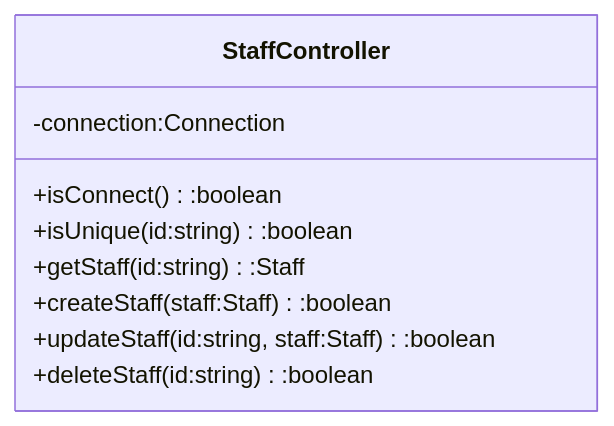
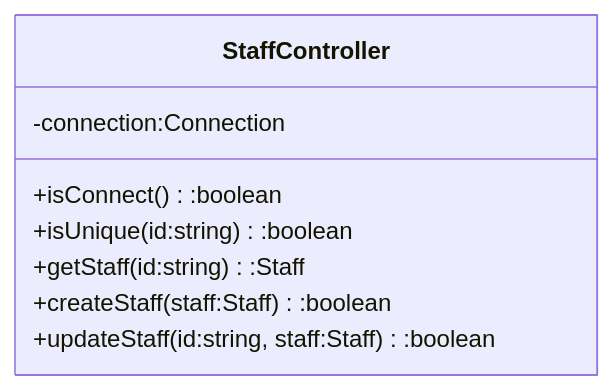
The second of 3 diagrams in README.md (kitkit922/ITC-5201-Java-Assignment04), drawn with Mermaid before and after one commit. The commit also changed other lines of this file and 5 other files, not shown here.

````diff
--- a/README.md
+++ b/README.md
@@ -44,14 +44,13 @@
   ```mermaid
   classDiagram
 
         class StaffController{
             -connection:Connection
             +isConnect():boolean
             +isUnique(id:string):boolean
             +getStaff(id:string):Staff
             +createStaff(staff:Staff):boolean
             +updateStaff(id:string, staff:Staff):boolean
-            +deleteStaff(id:string):boolean
         }
 
   ```
````
